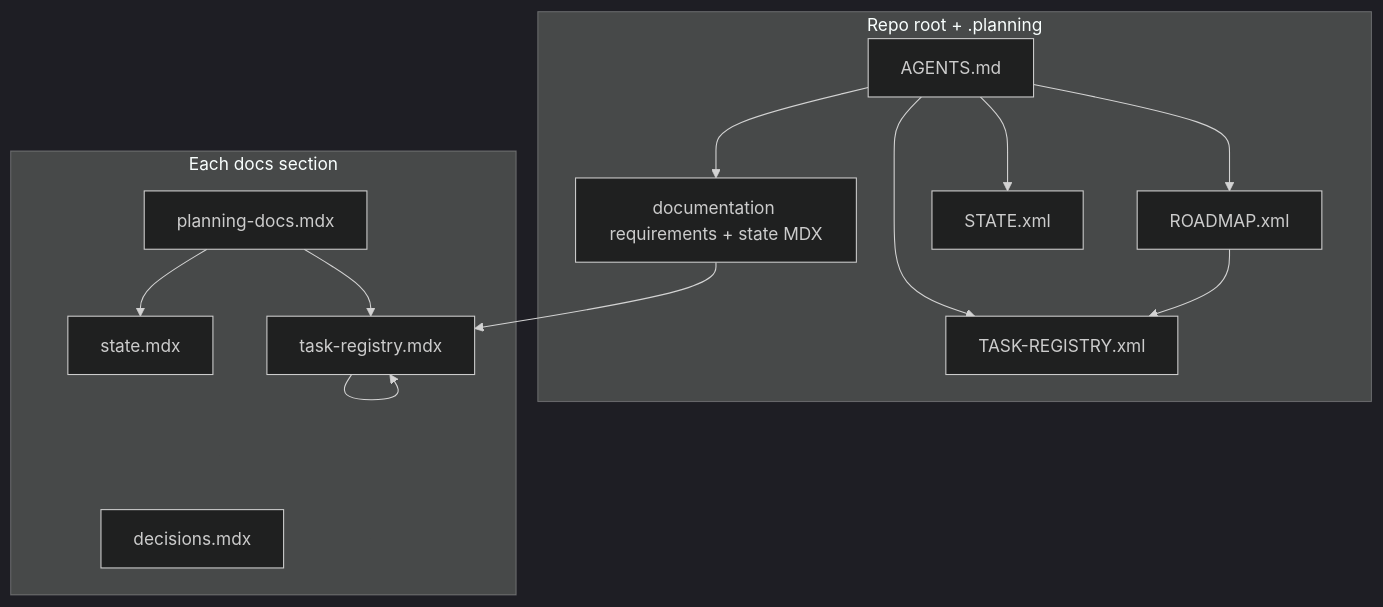
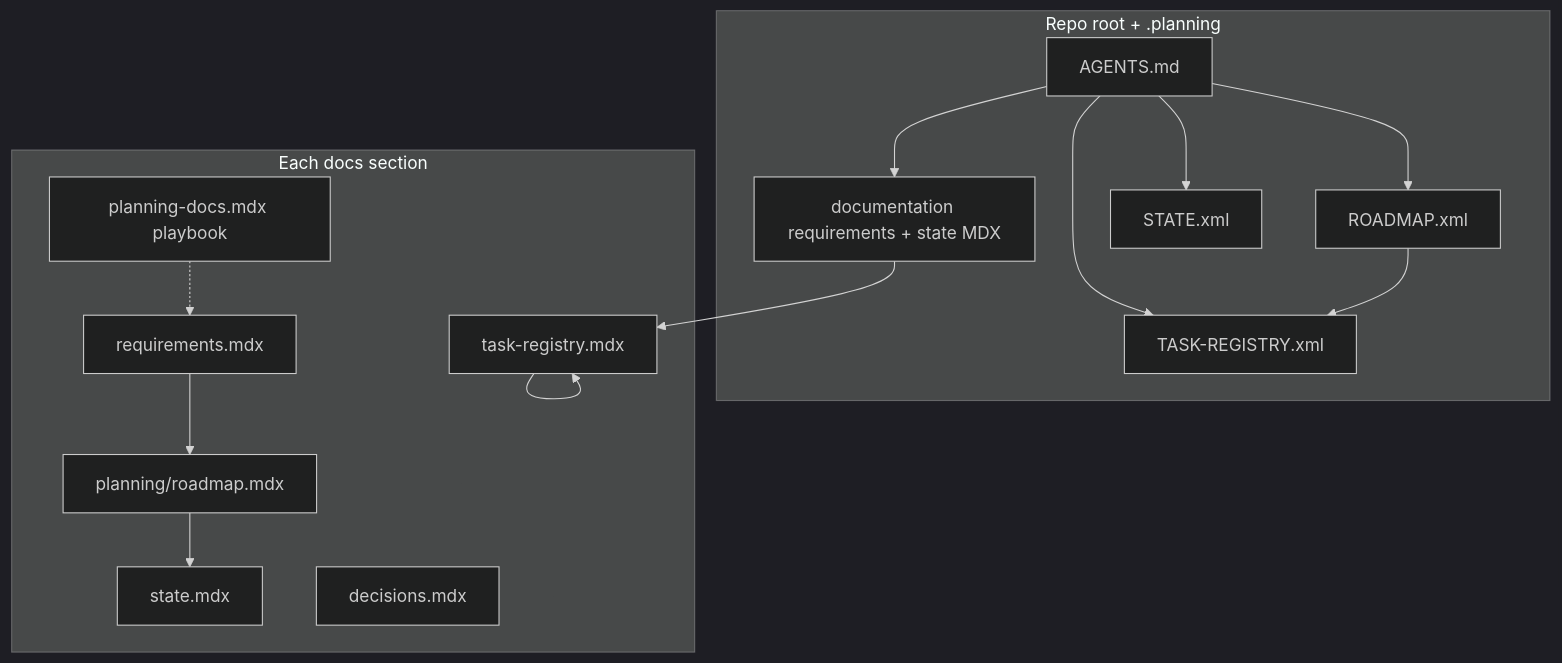
The first of 3 diagrams in apps/portfolio/content/docs/global/global-planning.mdx (B2Gdevs/custom_portfolio), drawn with Mermaid (dark theme) before and after one commit. The commit also changed other lines of this file and 321 other files, not shown here.

````diff
--- a/apps/portfolio/content/docs/global/global-planning.mdx
+++ b/apps/portfolio/content/docs/global/global-planning.mdx
@@ -87,27 +151,30 @@
 ```mermaid
 flowchart TB
   subgraph globalLayer["Repo root + .planning"]
     DOC[documentation requirements + state MDX]
     RM[ROADMAP.xml]
     TG[TASK-REGISTRY.xml]
     STX[STATE.xml]
     A[AGENTS.md]
   end
 
   subgraph sec["Each docs section"]
-    PD[planning-docs.mdx]
+    RQ[requirements.mdx]
+    RM2[planning/roadmap.mdx]
     ST[state.mdx]
     TR[task-registry.mdx]
     DC[decisions.mdx]
+    PD[planning-docs.mdx playbook]
   end
 
   A --> DOC
   A --> RM
   A --> TG
   A --> STX
-  PD --> ST
-  PD --> TR
+  RQ --> RM2
+  RM2 --> ST
   TR --> TR
   DOC --> TR
   RM --> TG
+  PD -.-> RQ
 ```
````
